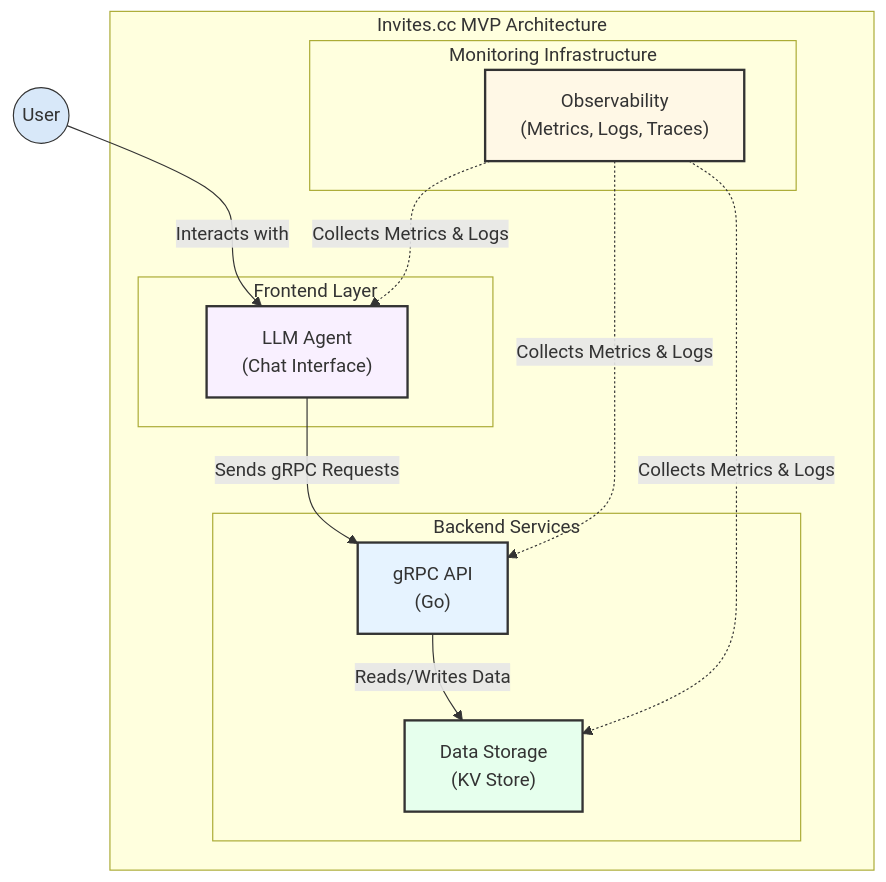
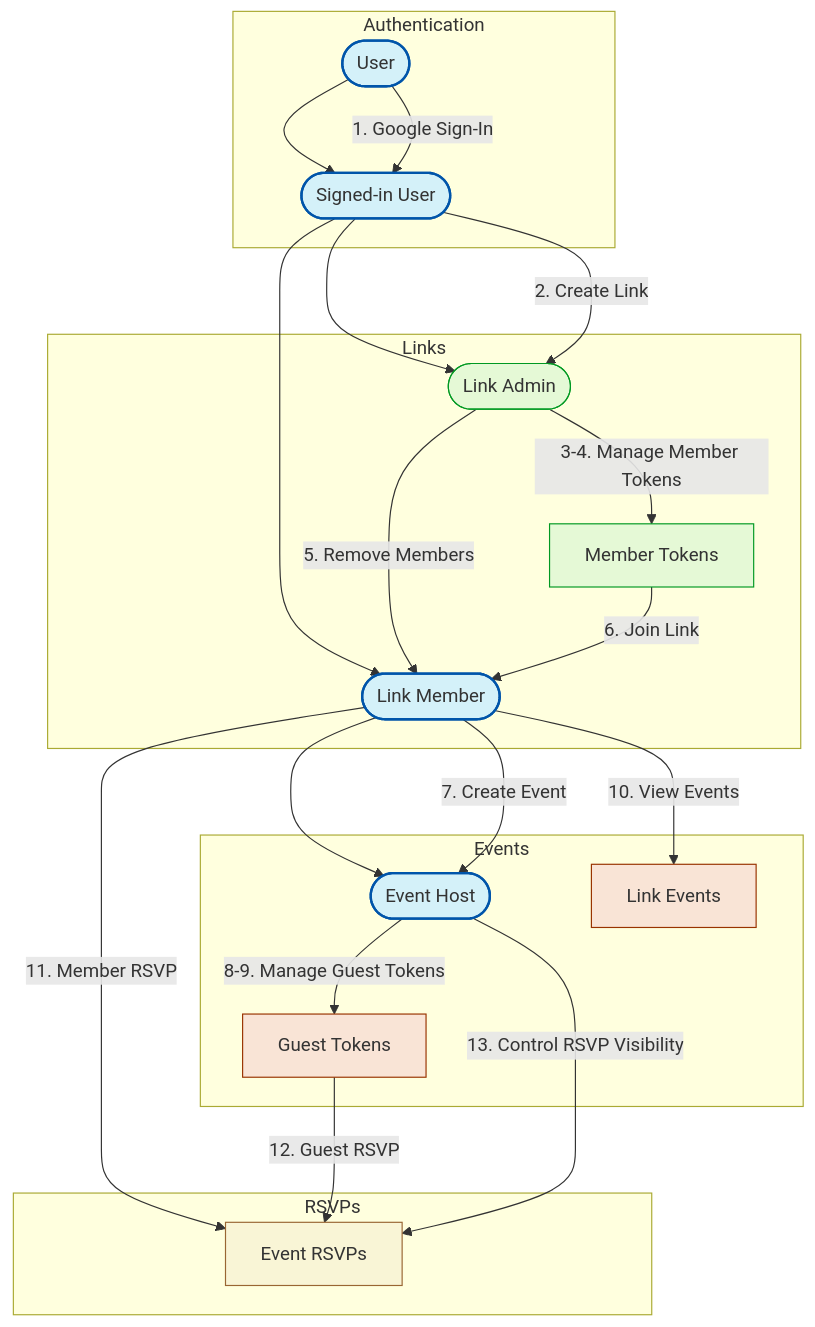
Before and after one commit to ichilabs/invites.cc: the second of 2 diagrams in docs/design-doc.md, drawn with Mermaid. The commit also changed other lines of this file, not shown here.

Commit message:
docs: Updated MVP design document

````diff
--- a/docs/design-doc.md
+++ b/docs/design-doc.md
@@ -352,44 +160,43 @@
 ```mermaid
-flowchart TB
-    %% Actors
-    User((User))
+flowchart TD 
+    %% Main user states 
+    User(["User"]) --> SignedInUser(["Signed-in User"]); 
+    SignedInUser --> LinkAdmin(["Link Admin"]); 
+    SignedInUser --> LinkMember(["Link Member"]); 
+    LinkMember --> EventHost(["Event Host"]); 
     
-    subgraph "Invites.cc MVP Architecture"
-        subgraph "Frontend Layer"
-            LLMAgent["LLM Agent<br/>(Chat Interface)"]
-        end
-        
-        subgraph "Backend Services"
-            GRPCAPI["gRPC API<br/>(Go)"]
-            DataStorage["Data Storage<br/>(KV Store)"]
-        end
-        
-        subgraph "Monitoring Infrastructure"
-            Observability["Observability<br/>(Metrics, Logs, Traces)"]
-        end
-    end
+    %% Main actions and connections 
+    subgraph Authentication 
+        User -->|1. Google Sign-In| SignedInUser; 
+    end 
     
-    %% Connections with descriptive labels
-    User -- "Interacts with" --> LLMAgent
-    LLMAgent -- "Sends gRPC Requests" --> GRPCAPI
-    GRPCAPI -- "Reads/Writes Data" --> DataStorage
+    subgraph Links 
+        SignedInUser -->|2. Create Link| LinkAdmin; 
+        LinkAdmin -->|3-4. Manage Member Tokens| MT["Member Tokens"]; 
+        LinkAdmin -->|5. Remove Members| LinkMember; 
+        MT -->|6. Join Link| LinkMember; 
+    end 
     
-    %% Observability connections
-    Observability -. "Collects Metrics & Logs" .-> LLMAgent
-    Observability -. "Collects Metrics & Logs" .-> GRPCAPI
-    Observability -. "Collects Metrics & Logs" .-> DataStorage
+    subgraph Events 
+        LinkMember -->|7. Create Event| EventHost; 
+        EventHost -->|8-9. Manage Guest Tokens| GT["Guest Tokens"]; 
+        LinkMember -->|10. View Events| Events["Link Events"]; 
+    end 
     
-    %% Custom styling
-    classDef user fill:#d8e8f9,stroke:#333,stroke-width:1px
-    classDef frontend fill:#f9f0ff,stroke:#333,stroke-width:2px
-    classDef backend fill:#e6f3ff,stroke:#333,stroke-width:2px
-    classDef storage fill:#e6ffed,stroke:#333,stroke-width:2px
-    classDef monitoring fill:#fff8e6,stroke:#333,stroke-width:2px
+    subgraph RSVPs 
+        LinkMember -->|11. Member RSVP| RSVPs["Event RSVPs"]; 
+        GT -->|12. Guest RSVP| RSVPs; 
+        EventHost -->|13. Control RSVP Visibility| RSVPs; 
+    end 
     
-    %% Apply styles
-    class User user
-    class LLMAgent frontend
-    class GRPCAPI backend
-    class DataStorage storage
-    class Observability monitoring
+    %% Styling 
+    classDef user fill:#d4f1f9,stroke:#05a,stroke-width:2px; 
+    classDef links fill:#e5f9d6,stroke:#092,stroke-width:1px; 
+    classDef events fill:#f9e4d6,stroke:#930,stroke-width:1px; 
+    classDef rsvp fill:#f9f5d6,stroke:#963,stroke-width:1px; 
+    
+    class User,SignedInUser,LinkAdmin,LinkMember,EventHost user; 
+    class MT,LinkAdmin links; 
+    class GT,Events events; 
+    class RSVPs rsvp;
 ```
````
